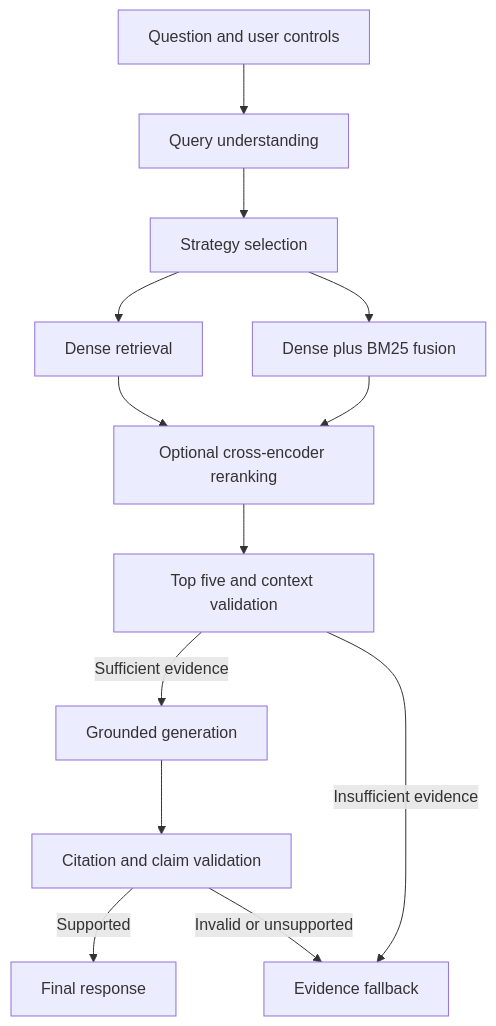
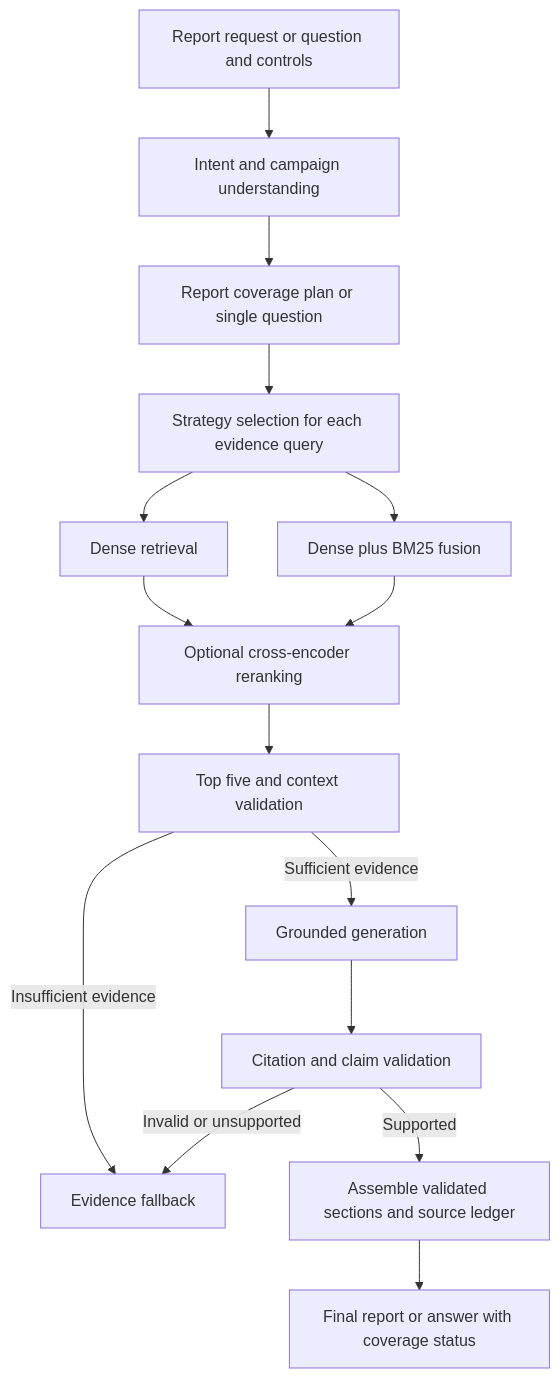
The diagram in docs/superpowers/specs/2026-10-17-campaign-intelligence-hub-design.md (Chandra-P/Master_AgenticAI), drawn with Mermaid before and after one commit. The commit also changed other lines of this file and 159 other files, not shown here.

````diff
--- a/docs/superpowers/specs/2026-10-17-campaign-intelligence-hub-design.md
+++ b/docs/superpowers/specs/2026-10-17-campaign-intelligence-hub-design.md
@@ -74,15 +104,17 @@
 ```mermaid
 flowchart TD
-    Q[Question and user controls] --> U[Query understanding]
-    U --> S[Strategy selection]
+    Q[Report request or question and controls] --> U[Intent and campaign understanding]
+    U --> P[Report coverage plan or single question]
+    P --> S[Strategy selection for each evidence query]
     S --> D[Dense retrieval]
     S --> H[Dense plus BM25 fusion]
     D --> R[Optional cross-encoder reranking]
     H --> R
     R --> V[Top five and context validation]
     V -->|Sufficient evidence| G[Grounded generation]
     V -->|Insufficient evidence| F[Evidence fallback]
     G --> C[Citation and claim validation]
-    C -->|Supported| A[Final response]
+    C -->|Supported| A[Assemble validated sections and source ledger]
+    A --> O[Final report or answer with coverage status]
     C -->|Invalid or unsupported| F
 ```
````
